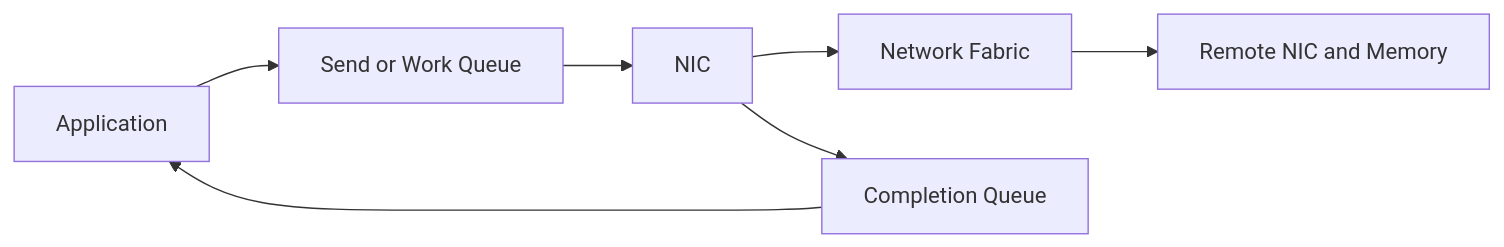
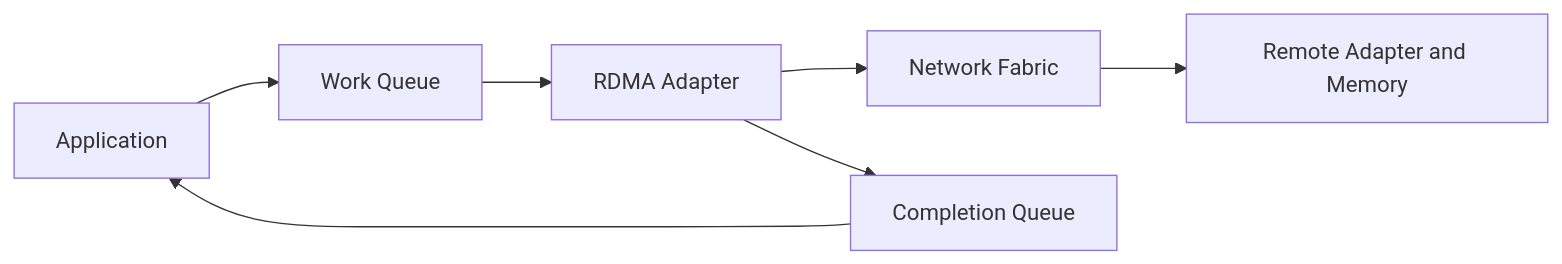
The third of 4 diagrams in docs/nvidia-zero-to-hero/volume-07/chapter-04-dma-rdma-and-peer-to-peer.md (jithinpnjm/nvidia-devops), drawn with Mermaid before and after one commit. The commit also changed other lines of this file, not shown here.

````diff
--- a/docs/nvidia-zero-to-hero/volume-07/chapter-04-dma-rdma-and-peer-to-peer.md
+++ b/docs/nvidia-zero-to-hero/volume-07/chapter-04-dma-rdma-and-peer-to-peer.md
@@ -206,12 +159,12 @@
 ```mermaid
 flowchart LR
     App[Application]
-    SQ[Send or Work Queue]
-    NIC[NIC]
+    WQ[Work Queue]
+    NIC[RDMA Adapter]
     Fabric[Network Fabric]
-    Remote[Remote NIC and Memory]
+    Peer[Remote Adapter and Memory]
     CQ[Completion Queue]
 
-    App --> SQ --> NIC --> Fabric --> Remote
+    App --> WQ --> NIC --> Fabric --> Peer
     NIC --> CQ --> App
 ```
````
